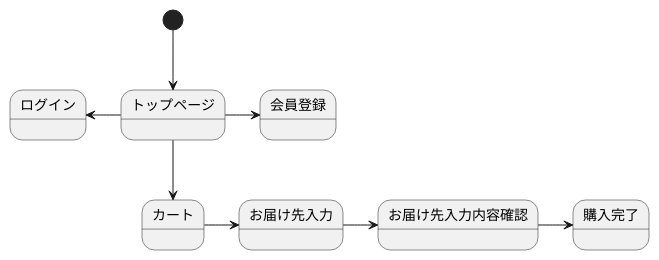
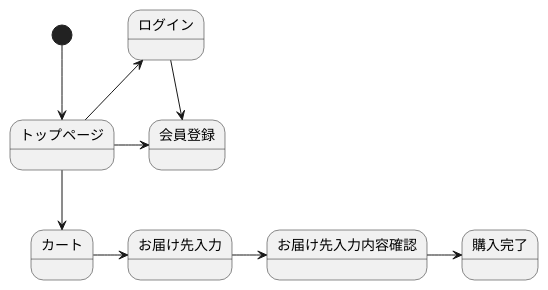
Before and after one commit to Aso2001405/2021sys-design: the diagram in stm01.md, drawn with PlantUML.

````diff
--- a/stm01.md
+++ b/stm01.md
@@ -1,11 +1,12 @@
 ```uml
 @startuml
 [*] --> トップページ
 トップページ -> 会員登録
 トップページ -left-> ログイン
+ログイン--> 会員登録
 トップページ --> カート
 カート -> お届け先入力
 お届け先入力 -> お届け先入力内容確認
 お届け先入力内容確認 -> 購入完了
 @enduml
 ```
````
